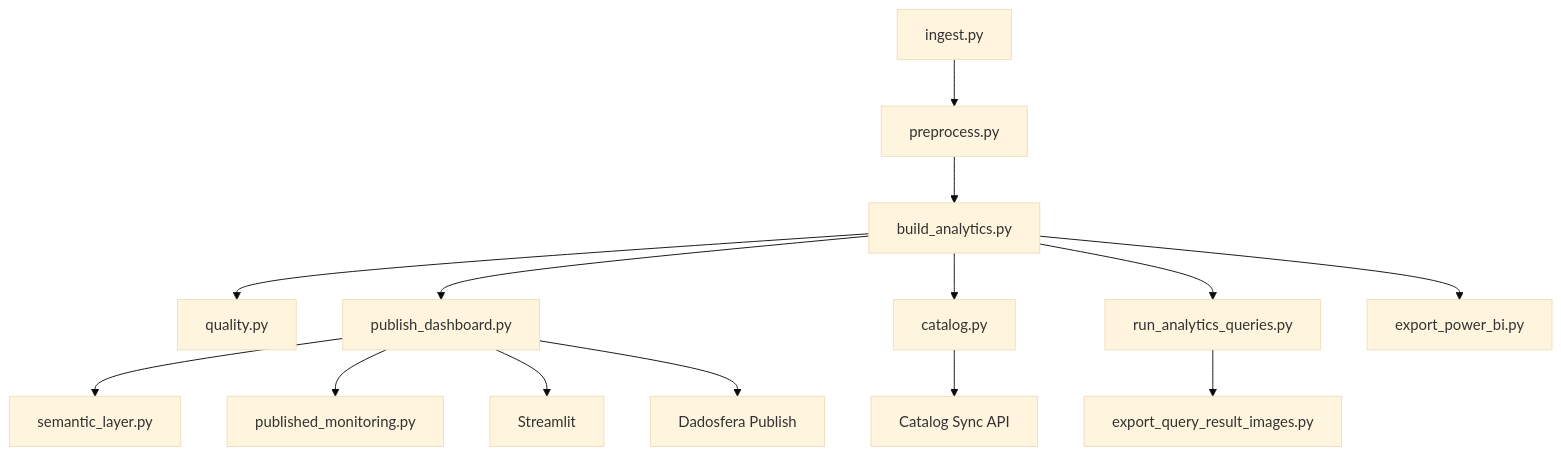
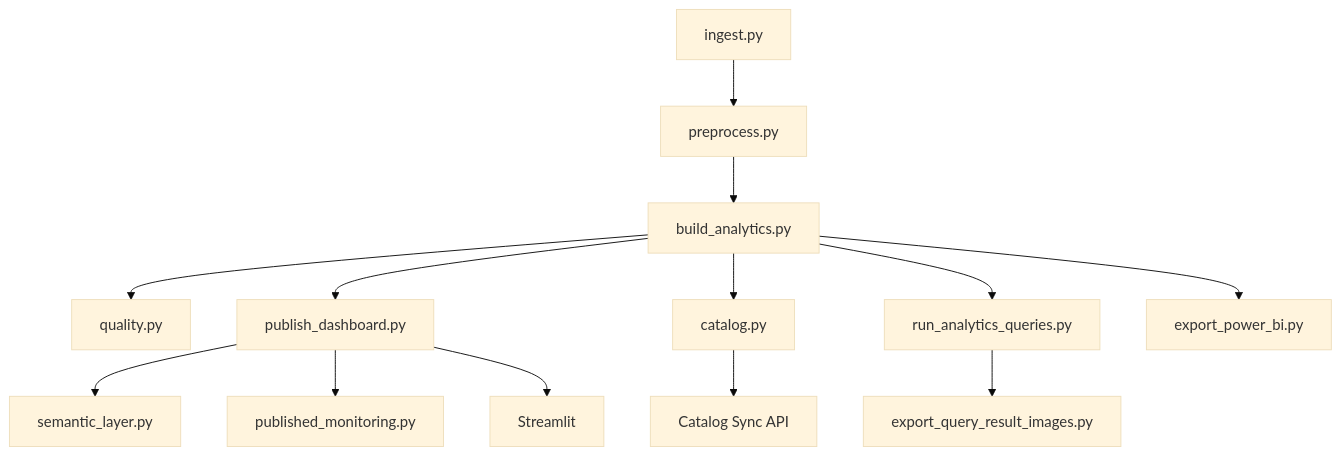
Before and after one commit to samuelmaia-analytics/Governed-Analytics-Platform: the second of 2 diagrams in docs/architecture.md, drawn with Mermaid (base theme). The commit also changed other lines of this file and 88 other files, not shown here.

````diff
--- a/docs/architecture.md
+++ b/docs/architecture.md
@@ -190,16 +195,15 @@
 ```mermaid
 flowchart TD
     A[ingest.py] --> B[preprocess.py]
     B --> C[build_analytics.py]
     C --> D[quality.py]
     C --> E[publish_dashboard.py]
     E --> E2[semantic_layer.py]
     E --> E3[published_monitoring.py]
     C --> F[catalog.py]
     C --> G[run_analytics_queries.py]
     G --> H[export_query_result_images.py]
     C --> I[export_power_bi.py]
     E --> J[Streamlit]
-    E --> K[Dadosfera Publish]
     F --> L[Catalog Sync API]
 ```
````
